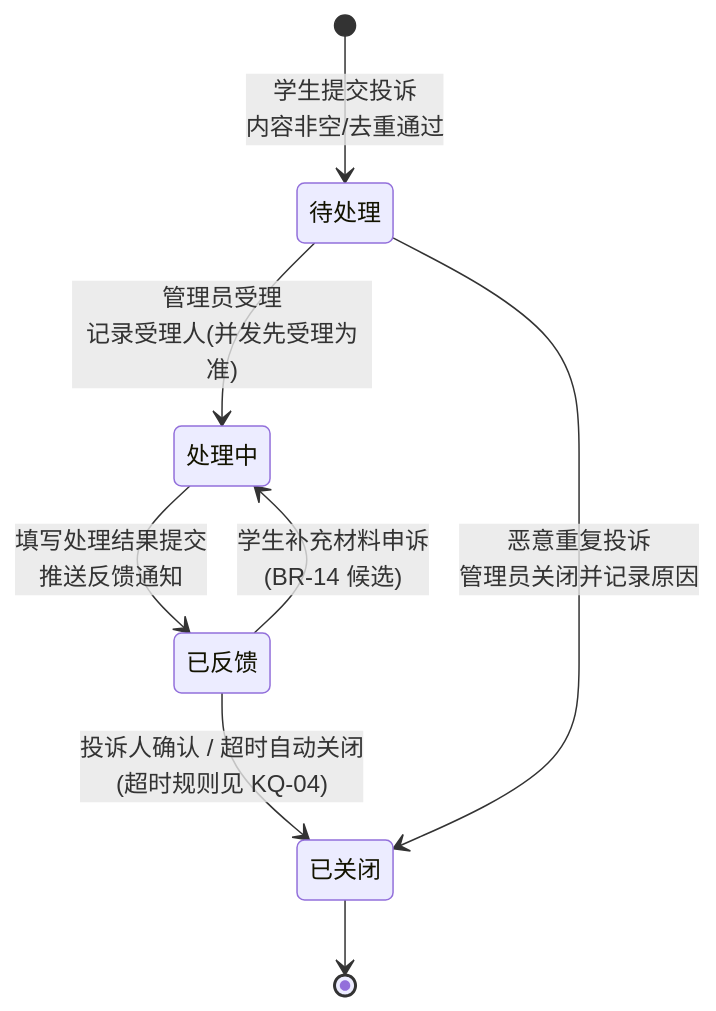
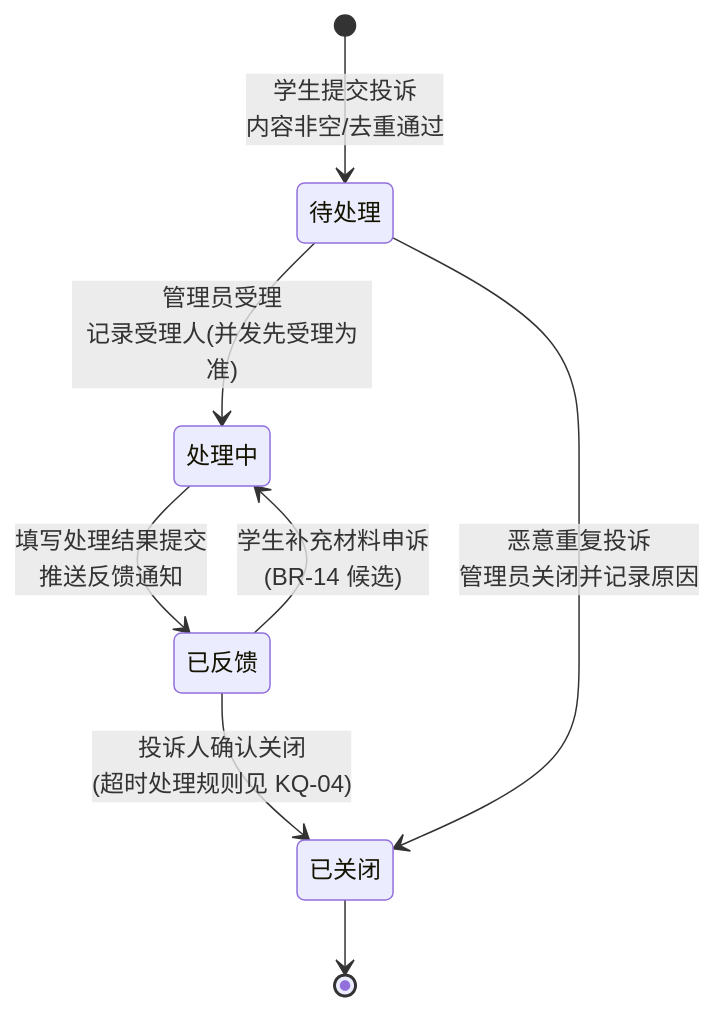
One commit to JiangHu233/software-engineering-project changed the diagram in smart_study_room_booking_and_management_system/docs/graph/GM-10-投诉状态图.mmd. Above: the diagram before and after it, drawn with Mermaid. The commit also changed 5 other files, not shown here.

```diff
--- a/smart_study_room_booking_and_management_system/docs/graph/GM-10-投诉状态图.mmd
+++ b/smart_study_room_booking_and_management_system/docs/graph/GM-10-投诉状态图.mmd
@@ -1,8 +1,8 @@
 stateDiagram-v2
     [*] --> 待处理 : 学生提交投诉<br/>内容非空/去重通过
     待处理 --> 处理中 : 管理员受理<br/>记录受理人(并发先受理为准)
     处理中 --> 已反馈 : 填写处理结果提交<br/>推送反馈通知
-    已反馈 --> 已关闭 : 投诉人确认 / 超时自动关闭<br/>(超时规则见 KQ-04)
+    已反馈 --> 已关闭 : 投诉人确认关闭<br/>(超时处理规则见 KQ-04)
     已反馈 --> 处理中 : 学生补充材料申诉<br/>(BR-14 候选)
     待处理 --> 已关闭 : 恶意重复投诉<br/>管理员关闭并记录原因
     已关闭 --> [*]
```
